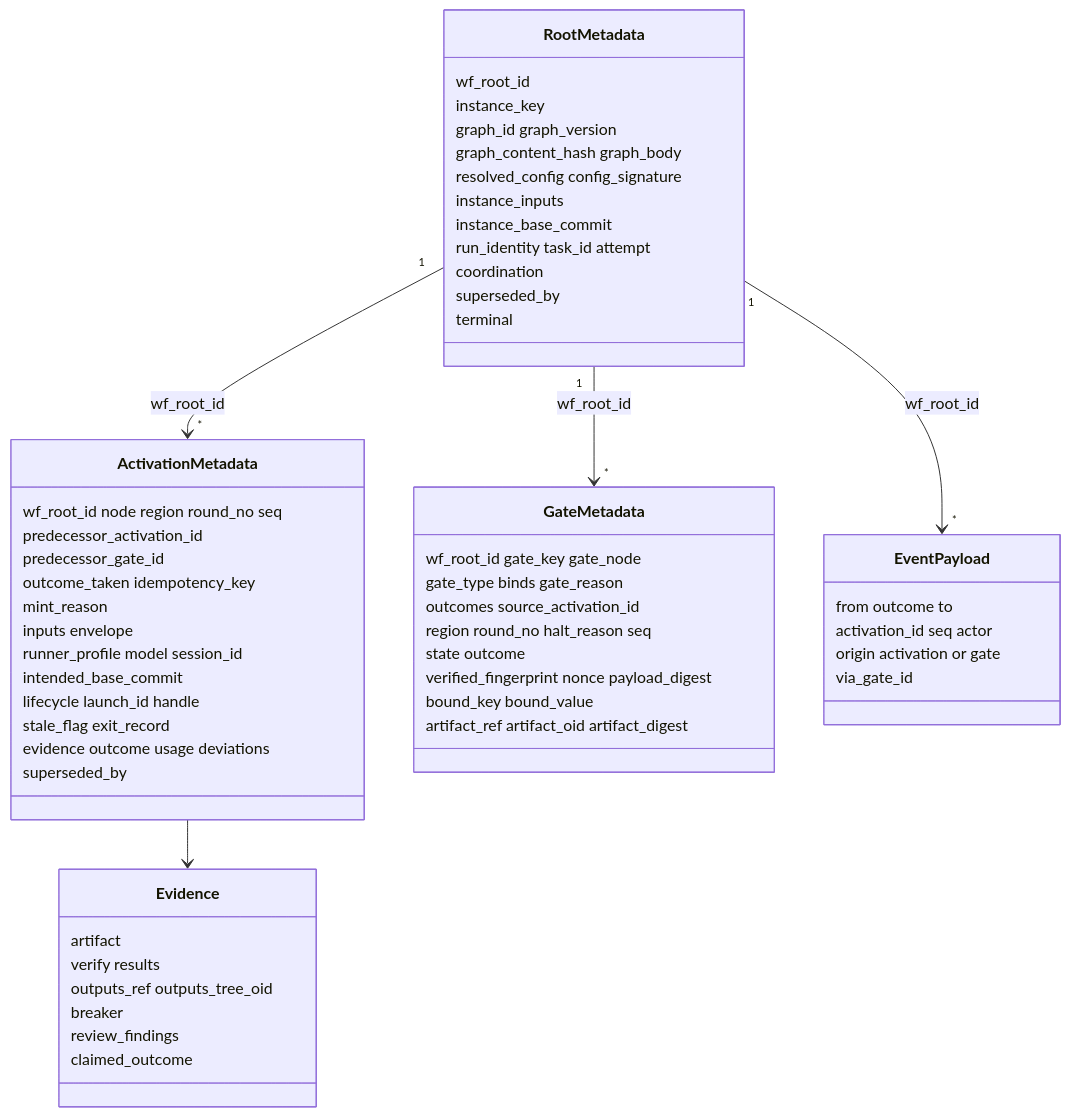
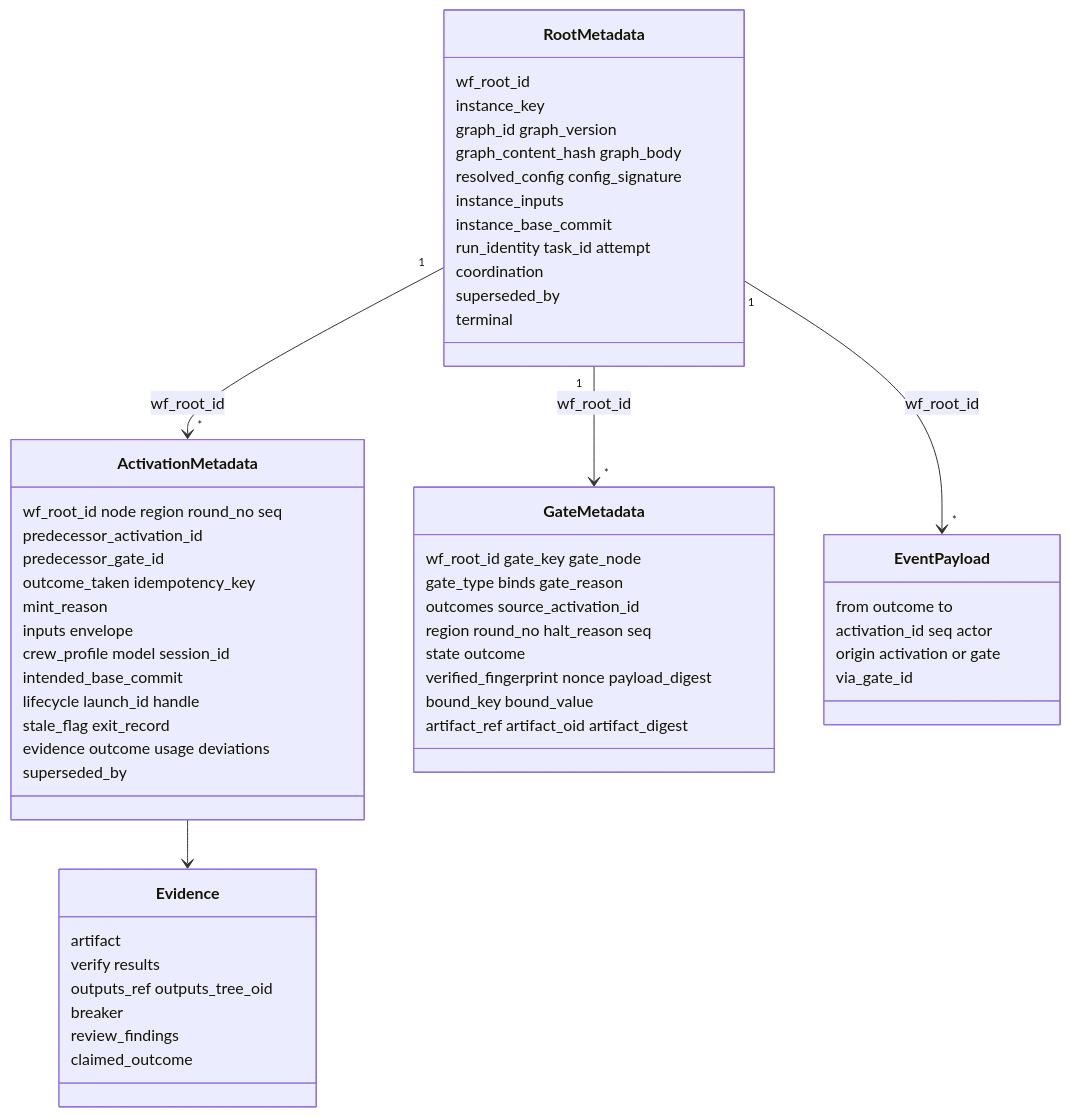
The ninth of 46 diagrams in docs/workflow-interpreter-guide/diagrams.md (MVPavan/coding-ritual), drawn with Mermaid before and after one commit. The commit also changed other lines of this file and 361 other files, not shown here.

````diff
--- a/docs/workflow-interpreter-guide/diagrams.md
+++ b/docs/workflow-interpreter-guide/diagrams.md
@@ -413,58 +413,58 @@
 ```mermaid
 classDiagram
   class RootMetadata {
     wf_root_id
     instance_key
     graph_id graph_version
     graph_content_hash graph_body
     resolved_config config_signature
     instance_inputs
     instance_base_commit
     run_identity task_id attempt
     coordination
     superseded_by
     terminal
   }
   class ActivationMetadata {
     wf_root_id node region round_no seq
     predecessor_activation_id
     predecessor_gate_id
     outcome_taken idempotency_key
     mint_reason
     inputs envelope
-    runner_profile model session_id
+    crew_profile model session_id
     intended_base_commit
     lifecycle launch_id handle
     stale_flag exit_record
     evidence outcome usage deviations
     superseded_by
   }
   class GateMetadata {
     wf_root_id gate_key gate_node
     gate_type binds gate_reason
     outcomes source_activation_id
     region round_no halt_reason seq
     state outcome
     verified_fingerprint nonce payload_digest
     bound_key bound_value
     artifact_ref artifact_oid artifact_digest
   }
   class EventPayload {
     from outcome to
     activation_id seq actor
     origin activation or gate
     via_gate_id
   }
   class Evidence {
     artifact
     verify results
     outputs_ref outputs_tree_oid
     breaker
     review_findings
     claimed_outcome
   }
   RootMetadata "1" --> "*" ActivationMetadata : wf_root_id
   RootMetadata "1" --> "*" GateMetadata : wf_root_id
   RootMetadata "1" --> "*" EventPayload : wf_root_id
   ActivationMetadata --> Evidence
 ```
````
